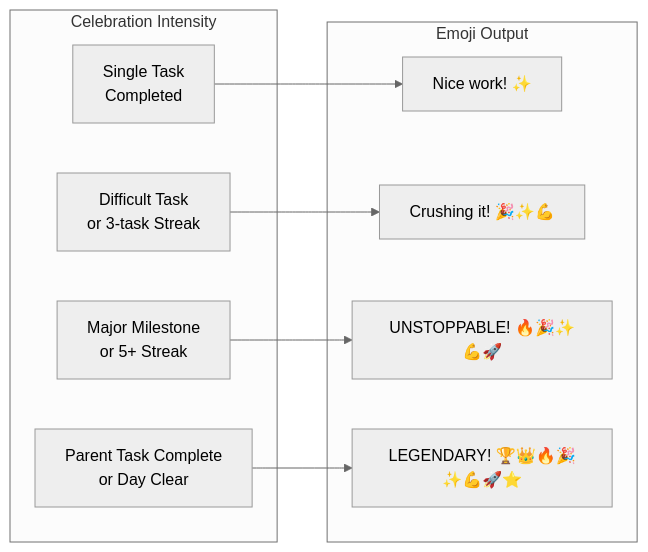
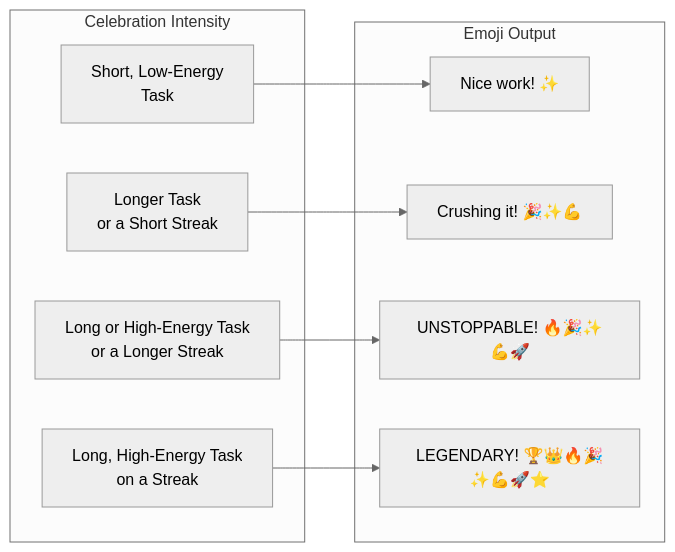
One commit to NickBorgersProbably/hide-my-list changed the third of 17 diagrams in docs/reward-system.md. Above: the diagram before and after it, drawn with Mermaid (neutral theme). The commit also changed other lines of this file and 25 other files, not shown here.

First line of the commit message:
fix(chat,complete): no denial of unseen history, no list offers, state reports complete, single-option ask, reward copy (#687)

````diff
--- a/docs/reward-system.md
+++ b/docs/reward-system.md
@@ -116,21 +114,21 @@
 ```mermaid
 flowchart LR
     subgraph Intensity["Celebration Intensity"]
-        Low["Single Task<br/>Completed"]
-        Medium["Difficult Task<br/>or 3-task Streak"]
-        High["Major Milestone<br/>or 5+ Streak"]
-        Epic["Parent Task Complete<br/>or Day Clear"]
+        Low["Short, Low-Energy<br/>Task"]
+        Medium["Longer Task<br/>or a Short Streak"]
+        High["Long or High-Energy Task<br/>or a Longer Streak"]
+        Epic["Long, High-Energy Task<br/>on a Streak"]
     end
 
     subgraph Output["Emoji Output"]
         LowEmoji["Nice work! ✨"]
         MedEmoji["Crushing it! 🎉✨💪"]
         HighEmoji["UNSTOPPABLE! 🔥🎉✨💪🚀"]
         EpicEmoji["LEGENDARY! 🏆👑🔥🎉✨💪🚀⭐"]
     end
 
     Low --> LowEmoji
     Medium --> MedEmoji
     High --> HighEmoji
     Epic --> EpicEmoji
 ```
````
